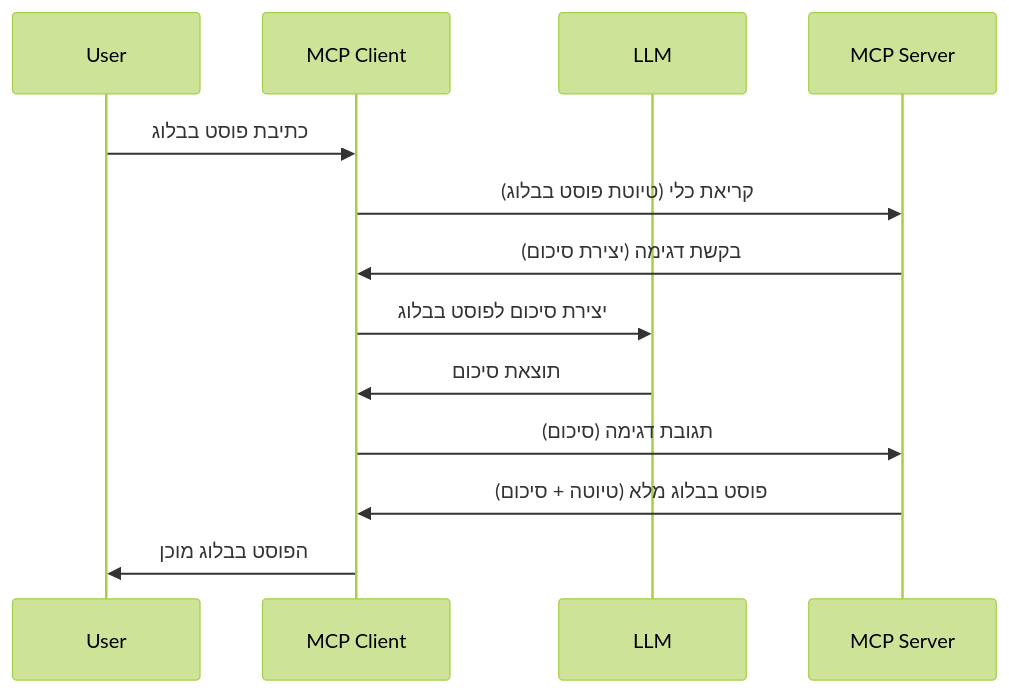
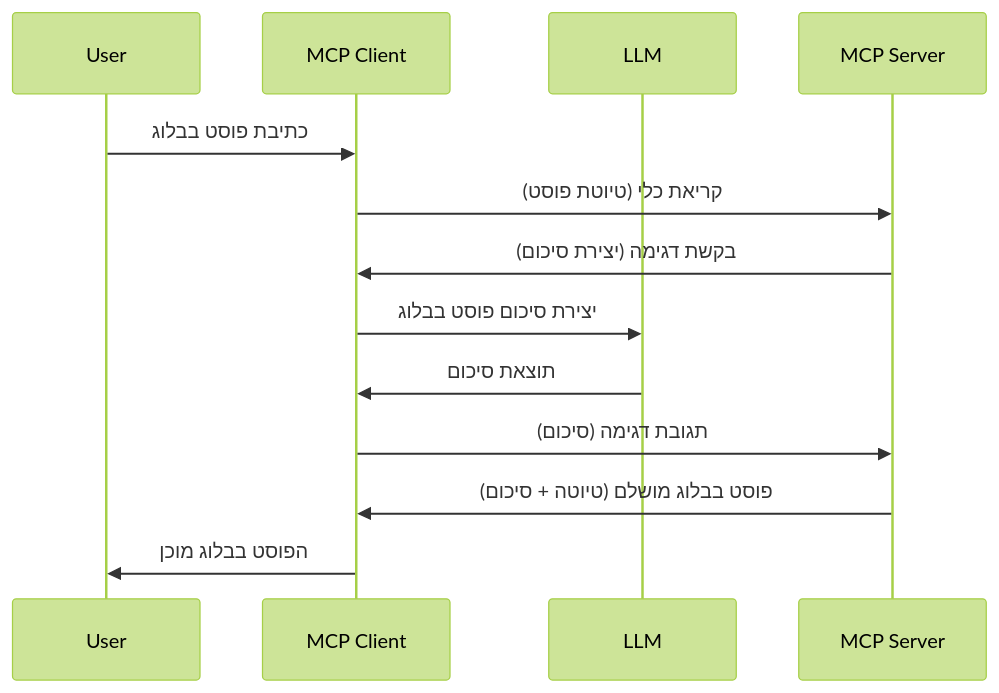
One commit to HIDORAKAI002/ai-workspace-archive changed the diagram in mcp_ecosystem__model_context_protocol/mcp_learning_resources/mcp-for-beginners/translations/he/03-GettingStarted/14-sampling/README.md. Above: the diagram before and after it, drawn with Mermaid (forest theme). The commit also changed other lines of this file and 1160 other files, not shown here.

````diff
--- a/mcp_ecosystem__model_context_protocol/mcp_learning_resources/mcp-for-beginners/translations/he/03-GettingStarted/14-sampling/README.md
+++ b/mcp_ecosystem__model_context_protocol/mcp_learning_resources/mcp-for-beginners/translations/he/03-GettingStarted/14-sampling/README.md
@@ -23,16 +23,16 @@
 ```mermaid
 sequenceDiagram
     participant User
     participant MCP Client
     participant LLM
     participant MCP Server
 
     User->>MCP Client: כתיבת פוסט בבלוג
-    MCP Client->>MCP Server: קריאת כלי (טיוטת פוסט בבלוג)
+    MCP Client->>MCP Server: קריאת כלי (טיוטת פוסט)
     MCP Server->>MCP Client: בקשת דגימה (יצירת סיכום)
-    MCP Client->>LLM: יצירת סיכום לפוסט בבלוג
+    MCP Client->>LLM: יצירת סיכום פוסט בבלוג
     LLM->>MCP Client: תוצאת סיכום
     MCP Client->>MCP Server: תגובת דגימה (סיכום)
-    MCP Server->>MCP Client: פוסט בבלוג מלא (טיוטה + סיכום)
+    MCP Server->>MCP Client: פוסט בבלוג מושלם (טיוטה + סיכום)
     MCP Client->>User: הפוסט בבלוג מוכן
 ```
````
